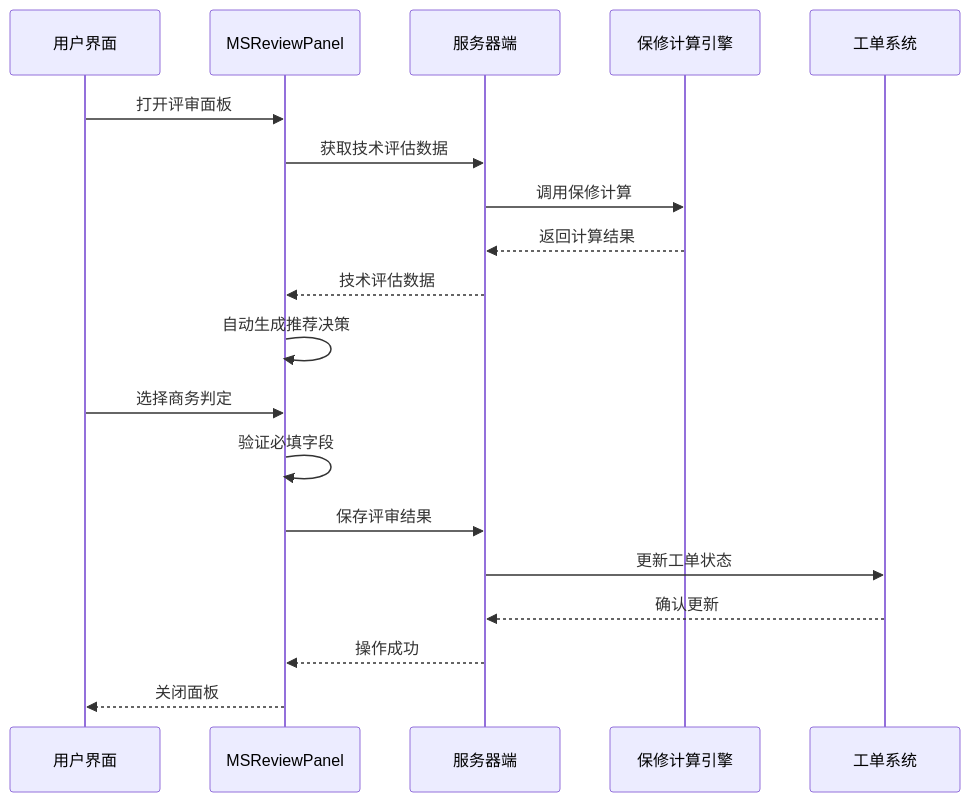
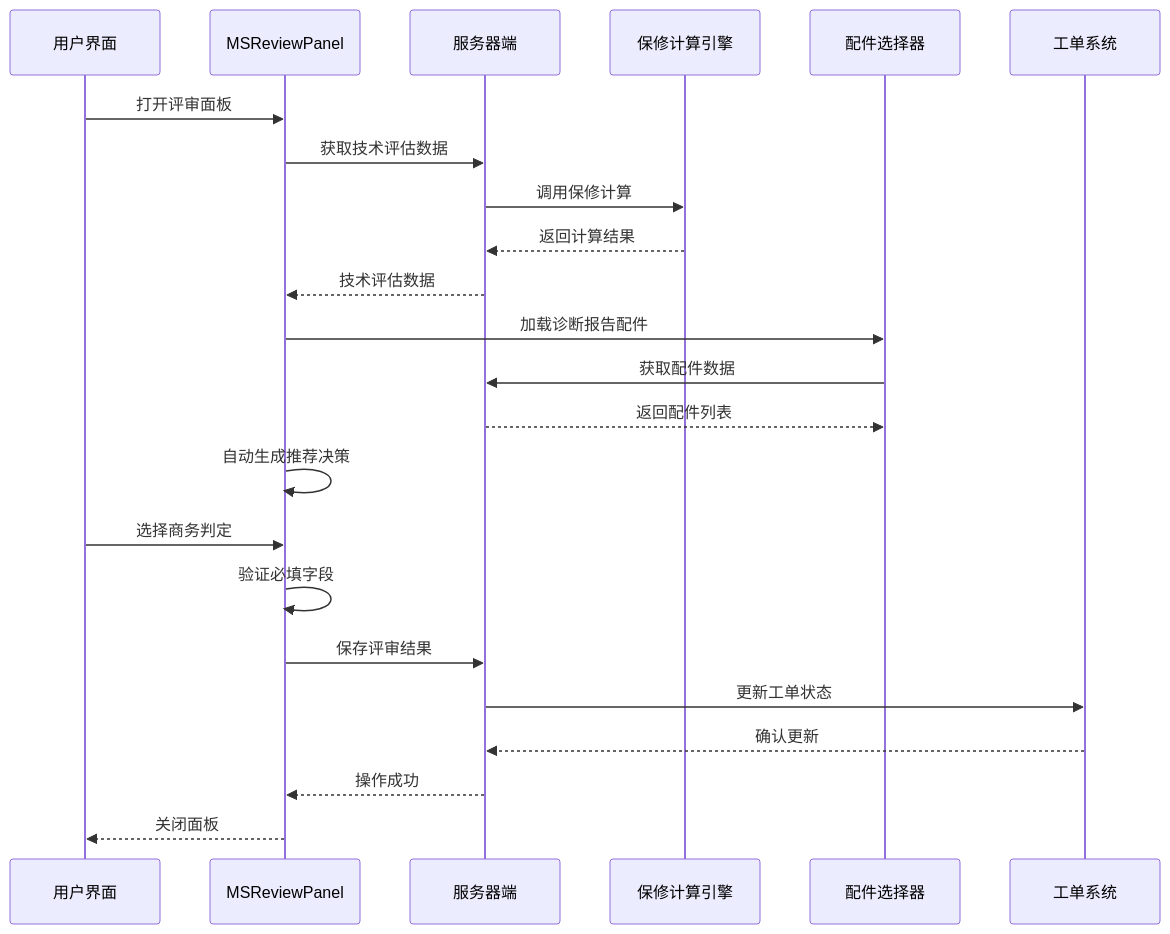
The third of 9 diagrams in .qoder/repowiki/zh/content/前端组件架构/服务工作流增强/MSReviewPanel 评审面板.md (CubeEdge/Longhorn), drawn with Mermaid before and after one commit. The commit also changed other lines of this file and 28 other files, not shown here.

````diff
--- a/.qoder/repowiki/zh/content/前端组件架构/服务工作流增强/MSReviewPanel 评审面板.md
+++ b/.qoder/repowiki/zh/content/前端组件架构/服务工作流增强/MSReviewPanel 评审面板.md
@@ -122,21 +160,25 @@
 ```mermaid
 sequenceDiagram
 participant U as 用户界面
 participant P as MSReviewPanel
 participant S as 服务器端
 participant W as 保修计算引擎
+participant PS as 配件选择器
 participant T as 工单系统
 U->>P : 打开评审面板
 P->>S : 获取技术评估数据
 S->>W : 调用保修计算
 W-->>S : 返回计算结果
 S-->>P : 技术评估数据
+P->>PS : 加载诊断报告配件
+PS->>S : 获取配件数据
+S-->>PS : 返回配件列表
 P->>P : 自动生成推荐决策
 U->>P : 选择商务判定
 P->>P : 验证必填字段
 P->>S : 保存评审结果
 S->>T : 更新工单状态
 T-->>S : 确认更新
 S-->>P : 操作成功
 P-->>U : 关闭面板
 ```
````
